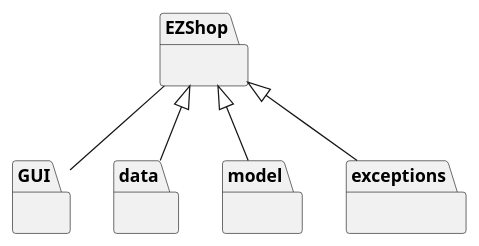
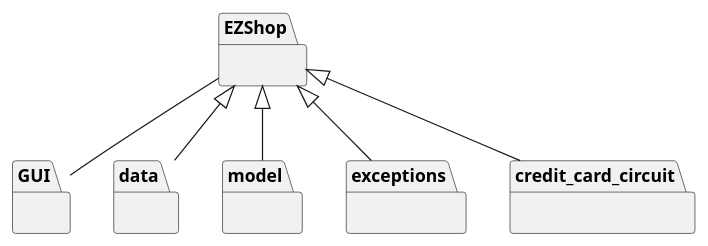
Before and after one commit to polito-se2-21-r03/se1-ezshop: the first of 13 diagrams in Deliverables/DesignDocument.md, drawn with PlantUML. The commit also changed other lines of this file, not shown here.

Commit message:
Fixed the layout of the low level design and introduction of the credit_card_circuit package

````diff
--- a/Deliverables/DesignDocument.md
+++ b/Deliverables/DesignDocument.md
@@ -27,17 +27,19 @@
 ```plantuml
 @startuml
 
 package "EZShop" {}
 
 package "GUI" {}
 package "data" {}
 package "model" {}
 package "exceptions" {}
+package "credit_card_circuit" {}
 
 "EZShop" -- "GUI"
 "EZShop" <|-- "data"
 "EZShop" <|-- "model"
 "EZShop" <|-- "exceptions"
+"EZShop" <|-- "credit_card_circuit"
 
 @enduml
 ```
````
